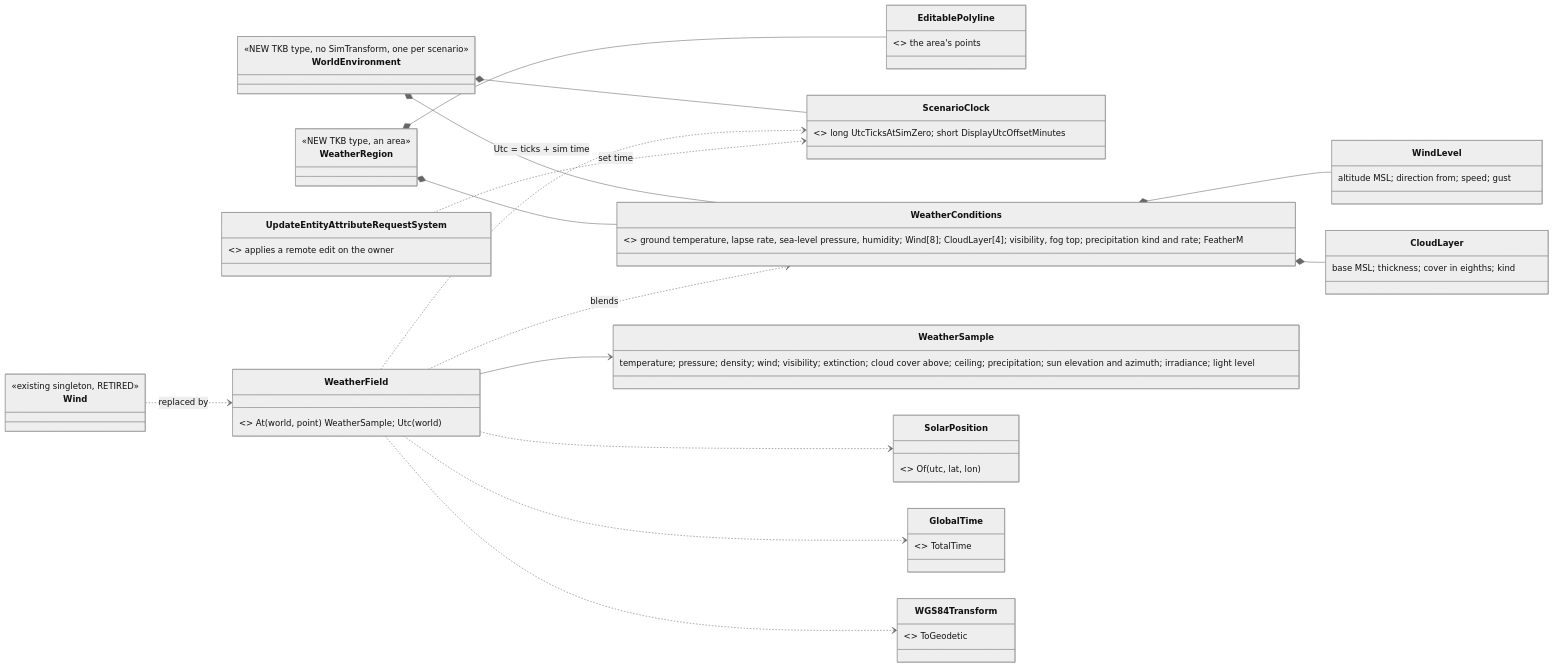
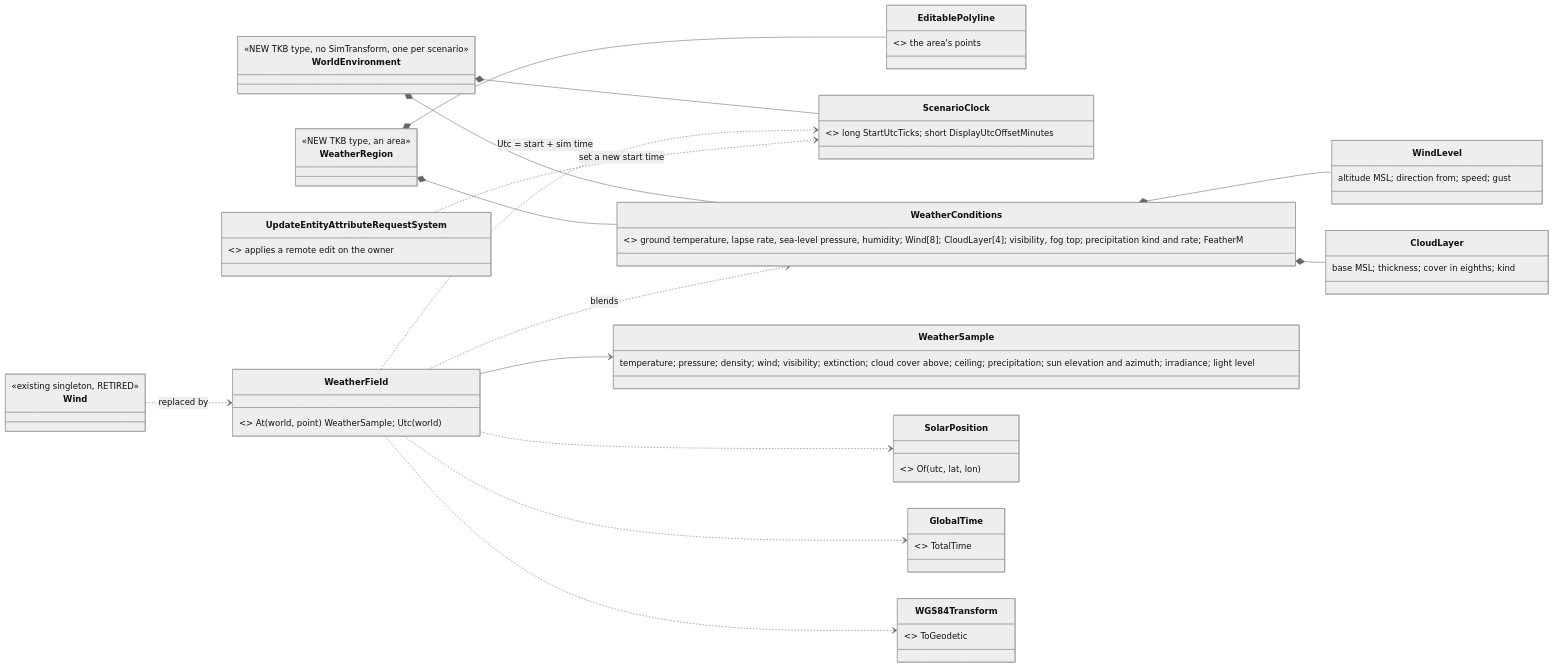
One commit to pjanec/HROT changed the first of 3 diagrams in docs/designs/weather/DESIGN_Weather_And_Time.md. Above: the diagram before and after it, drawn with Mermaid (neutral theme). The commit also changed other lines of this file and 1 other file, not shown here.

First line of the commit message:
Weather design: W-8 - the clock is the authored scenario start time (Details view, saved as authored, never from the wall clock; a runtime change sets a new start time); C-1/C-2 superseded; R-3012 updated

````diff
--- a/docs/designs/weather/DESIGN_Weather_And_Time.md
+++ b/docs/designs/weather/DESIGN_Weather_And_Time.md
@@ -61,32 +63,32 @@
 ```mermaid
 classDiagram
     direction LR
     class WorldEnvironment { <<NEW TKB type, no SimTransform, one per scenario>> }
     class WeatherRegion { <<NEW TKB type, an area>> }
     class EditablePolyline { <<existing>> the area's points }
-    class ScenarioClock { <<NEW component, dtScenarioClock>> long UtcTicksAtSimZero; short DisplayUtcOffsetMinutes }
+    class ScenarioClock { <<NEW component, dtScenarioClock>> long StartUtcTicks; short DisplayUtcOffsetMinutes }
     class WeatherConditions { <<NEW component, dtWeather>> ground temperature, lapse rate, sea-level pressure, humidity; Wind[8]; CloudLayer[4]; visibility, fog top; precipitation kind and rate; FeatherM }
     class WindLevel { altitude MSL; direction from; speed; gust }
     class CloudLayer { base MSL; thickness; cover in eighths; kind }
     class WeatherField { <<NEW, pure>> At(world, point) WeatherSample; Utc(world) }
     class WeatherSample { temperature; pressure; density; wind; visibility; extinction; cloud cover above; ceiling; precipitation; sun elevation and azimuth; irradiance; light level }
     class SolarPosition { <<NEW, pure>> Of(utc, lat, lon) }
     class GlobalTime { <<existing singleton>> TotalTime }
     class WGS84Transform { <<existing>> ToGeodetic }
     class Wind { <<existing singleton, RETIRED>> }
     class UpdateEntityAttributeRequestSystem { <<existing>> applies a remote edit on the owner }
     WorldEnvironment *-- ScenarioClock
     WorldEnvironment *-- WeatherConditions
     WeatherRegion *-- WeatherConditions
     WeatherRegion *-- EditablePolyline
     WeatherConditions *-- WindLevel
     WeatherConditions *-- CloudLayer
     WeatherField ..> WeatherConditions : blends
-    WeatherField ..> ScenarioClock : Utc = ticks + sim time
+    WeatherField ..> ScenarioClock : Utc = start + sim time
     WeatherField ..> GlobalTime
     WeatherField ..> SolarPosition
     WeatherField ..> WGS84Transform
     WeatherField --> WeatherSample
-    UpdateEntityAttributeRequestSystem ..> ScenarioClock : set time
+    UpdateEntityAttributeRequestSystem ..> ScenarioClock : set a new start time
     Wind ..> WeatherField : replaced by
 ```
````
